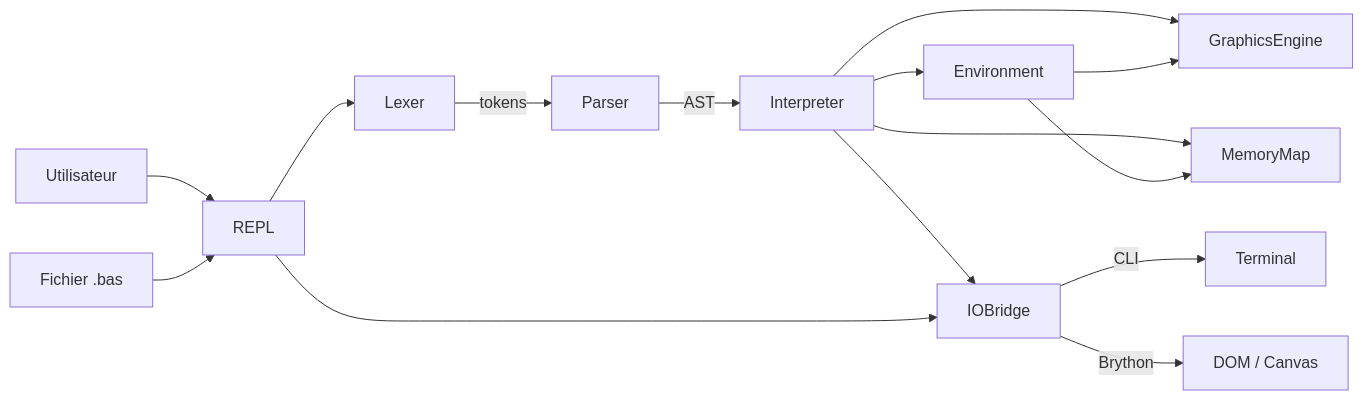
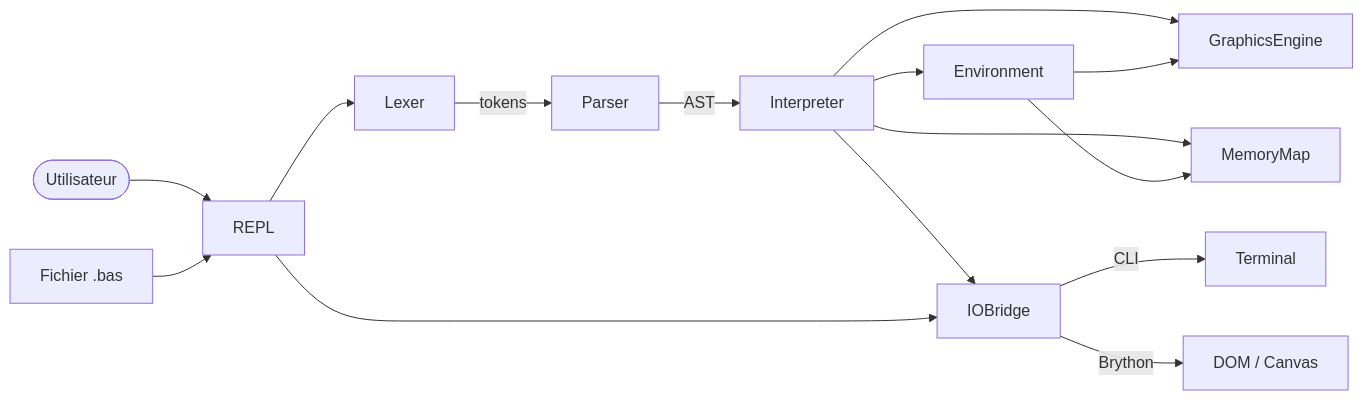
The first of 3 diagrams in docs/SPEC.md (franztrierweiler/applesoft-basic-emu), drawn with Mermaid before and after one commit. The commit also changed other lines of this file and 1 other file, not shown here.

````diff
--- a/docs/SPEC.md
+++ b/docs/SPEC.md
@@ -51,17 +64,17 @@
 ```mermaid
 graph LR
-    USER[Utilisateur] --> REPL[REPL]
+    USER([Utilisateur]) --> REPL
     SRC[Fichier .bas] --> REPL
     REPL --> LEX[Lexer]
     LEX -->|tokens| PAR[Parser]
     PAR -->|AST| INT[Interpreter]
     INT --> ENV[Environment]
     INT --> GFX[GraphicsEngine]
     INT --> IO[IOBridge]
     INT --> MEM[MemoryMap]
     ENV --> GFX
     ENV --> MEM
     REPL --> IO
     IO -->|CLI| TERM[Terminal]
     IO -->|Brython| DOM[DOM / Canvas]
 ```
````
